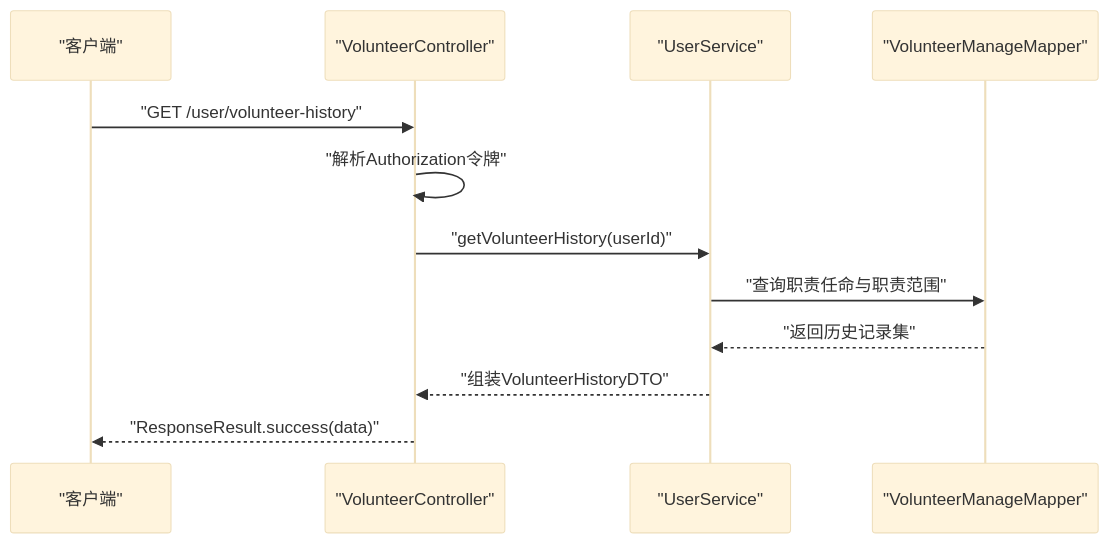
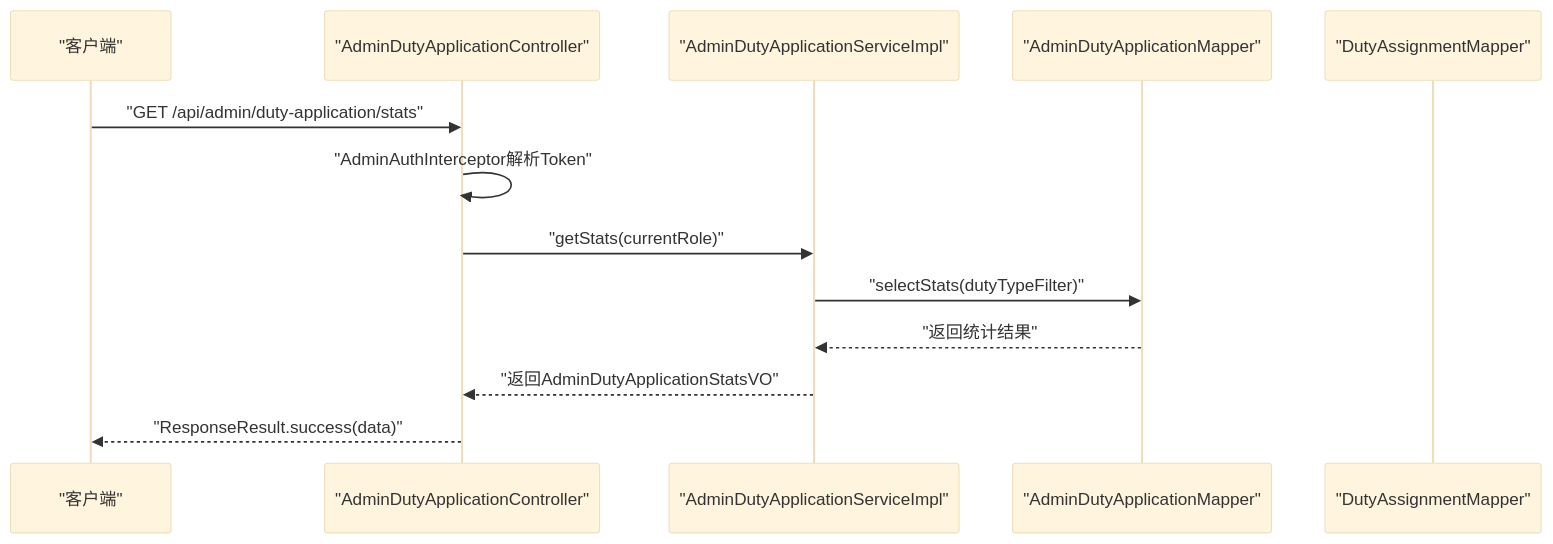
Before and after one commit to gaozihaowin/-: the second of 8 diagrams in .qoder/repowiki/zh/content/志愿者管理模块/志愿者管理模块.md, drawn with Mermaid (base theme). The commit also changed other lines of this file and 9 other files, not shown here.

````diff
--- a/.qoder/repowiki/zh/content/志愿者管理模块/志愿者管理模块.md
+++ b/.qoder/repowiki/zh/content/志愿者管理模块/志愿者管理模块.md
@@ -113,14 +159,15 @@
 ```mermaid
 sequenceDiagram
 participant Client as "客户端"
-participant VC as "VolunteerController"
-participant US as "UserService"
-participant VMM as "VolunteerManageMapper"
-Client->>VC : "GET /user/volunteer-history"
-VC->>VC : "解析Authorization令牌"
-VC->>US : "getVolunteerHistory(userId)"
-US->>VMM : "查询职责任命与职责范围"
-VMM-->>US : "返回历史记录集"
-US-->>VC : "组装VolunteerHistoryDTO"
-VC-->>Client : "ResponseResult.success(data)"
+participant ADC as "AdminDutyApplicationController"
+participant ADSI as "AdminDutyApplicationServiceImpl"
+participant ADM as "AdminDutyApplicationMapper"
+participant DAM as "DutyAssignmentMapper"
+Client->>ADC : "GET /api/admin/duty-application/stats"
+ADC->>ADC : "AdminAuthInterceptor解析Token"
+ADC->>ADSI : "getStats(currentRole)"
+ADSI->>ADM : "selectStats(dutyTypeFilter)"
+ADM-->>ADSI : "返回统计结果"
+ADSI-->>ADC : "返回AdminDutyApplicationStatsVO"
+ADC-->>Client : "ResponseResult.success(data)"
 ```
````
